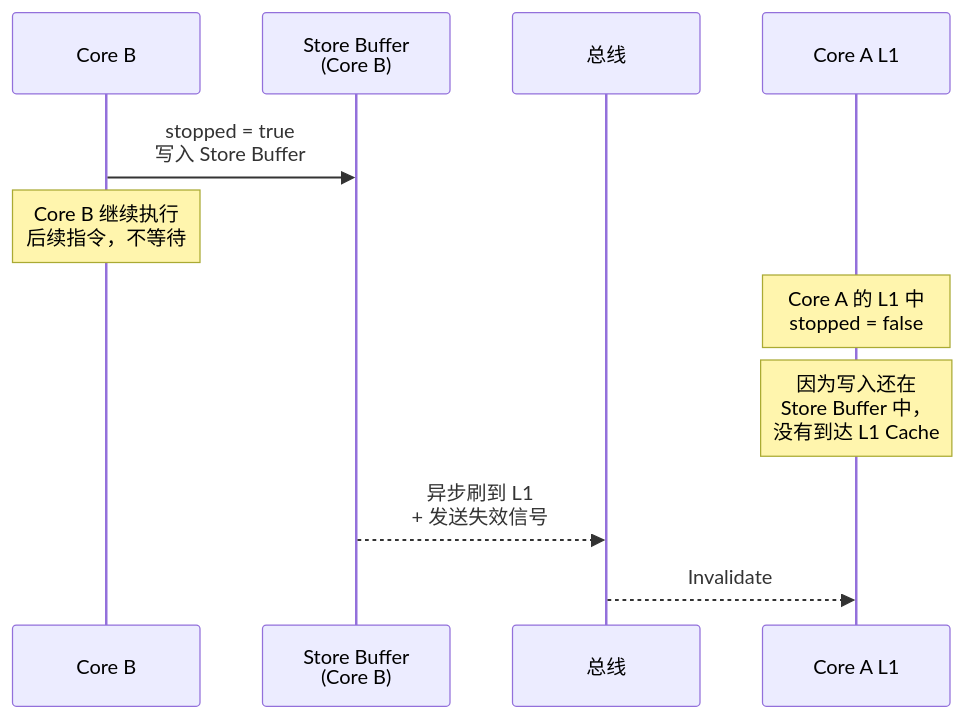
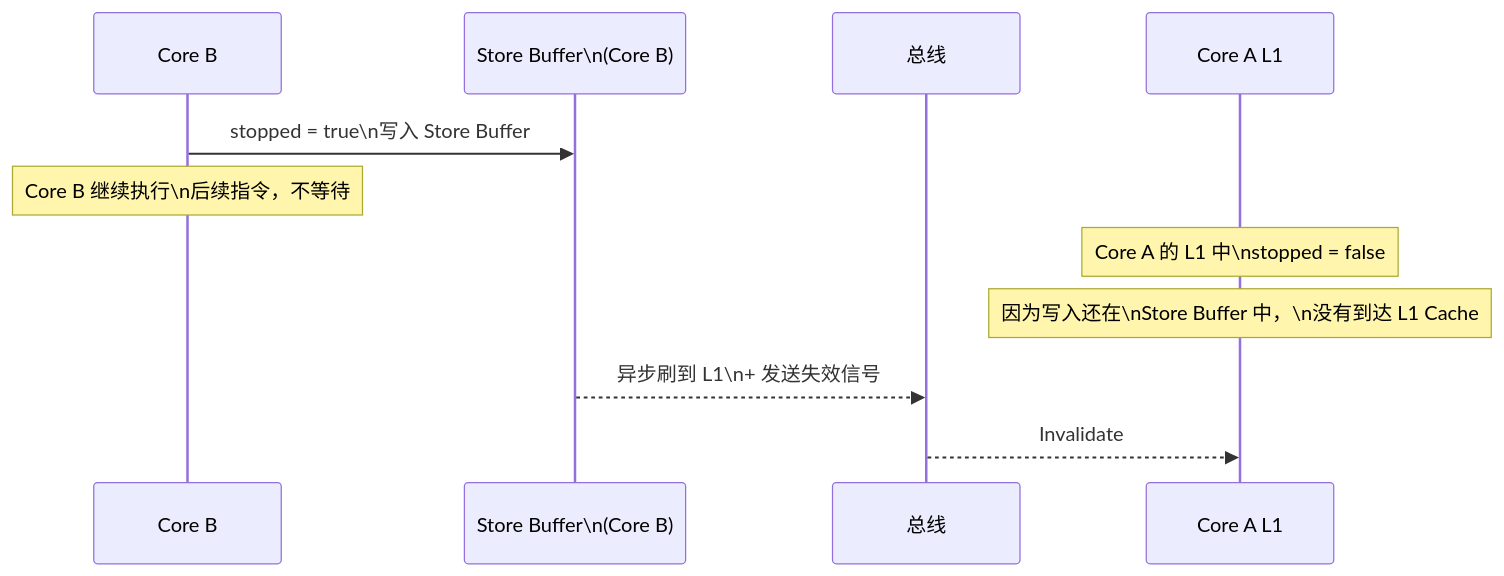
The second of 7 diagrams in content/posts/concurrency/Volatile.md (yaocat55/yaocat55.github.io), drawn with Mermaid before and after one commit. The commit also changed other lines of this file and 155 other files, not shown here.

````diff
--- a/content/posts/concurrency/Volatile.md
+++ b/content/posts/concurrency/Volatile.md
@@ -106,14 +116,14 @@
 ```mermaid
 sequenceDiagram
     participant CoreB as Core B
-    participant SB as Store Buffer<br/>(Core B)
+    participant SB as Store Buffer\n(Core B)
     participant Bus as 总线
     participant CoreA as Core A L1
 
-    CoreB->>SB: stopped = true<br/>写入 Store Buffer
-    Note over CoreB: Core B 继续执行<br/>后续指令，不等待
-    Note over CoreA: Core A 的 L1 中<br/>stopped = false
-    Note over CoreA: 因为写入还在<br/>Store Buffer 中，<br/>没有到达 L1 Cache
-    SB-->>Bus: 异步刷到 L1<br/>+ 发送失效信号
+    CoreB->>SB: stopped = true\n写入 Store Buffer
+    Note over CoreB: Core B 继续执行\n后续指令，不等待
+    Note over CoreA: Core A 的 L1 中\nstopped = false
+    Note over CoreA: 因为写入还在\nStore Buffer 中，\n没有到达 L1 Cache
+    SB-->>Bus: 异步刷到 L1\n+ 发送失效信号
     Bus-->>CoreA: Invalidate
 ```
````
